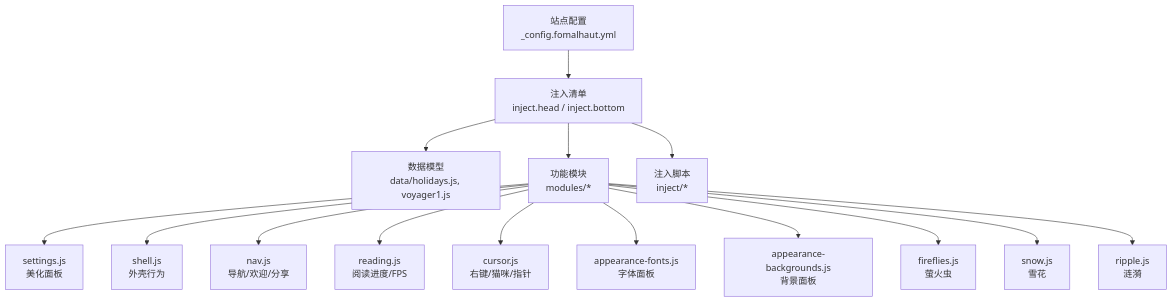
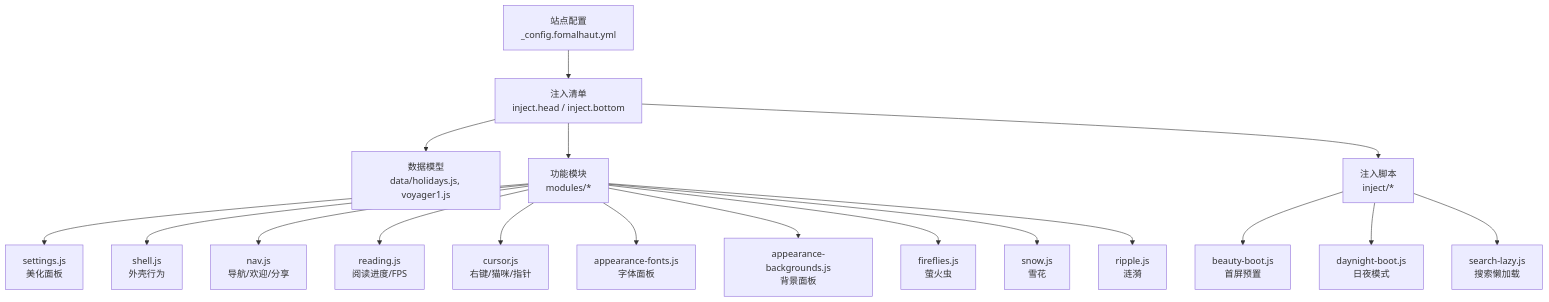
One commit to N1280851853/my_blog changed the first of 8 diagrams in .qoder/repowiki/zh/content/JavaScript 模块系统/JavaScript 模块系统.md. Above: the diagram before and after it, drawn with Mermaid. The commit also changed other lines of this file and 41 other files, not shown here.

````diff
--- a/.qoder/repowiki/zh/content/JavaScript 模块系统/JavaScript 模块系统.md
+++ b/.qoder/repowiki/zh/content/JavaScript 模块系统/JavaScript 模块系统.md
@@ -41,17 +51,20 @@
 ```mermaid
 graph TB
 A["站点配置<br/>_config.fomalhaut.yml"] --> B["注入清单<br/>inject.head / inject.bottom"]
 B --> C["数据模型<br/>data/holidays.js, voyager1.js"]
 B --> D["功能模块<br/>modules/*"]
 B --> E["注入脚本<br/>inject/*"]
 D --> D1["settings.js<br/>美化面板"]
 D --> D2["shell.js<br/>外壳行为"]
 D --> D3["nav.js<br/>导航/欢迎/分享"]
 D --> D4["reading.js<br/>阅读进度/FPS"]
 D --> D5["cursor.js<br/>右键/猫咪/指针"]
 D --> D6["appearance-fonts.js<br/>字体面板"]
 D --> D7["appearance-backgrounds.js<br/>背景面板"]
 D --> D8["fireflies.js<br/>萤火虫"]
 D --> D9["snow.js<br/>雪花"]
 D --> D10["ripple.js<br/>涟漪"]
+E --> E1["beauty-boot.js<br/>首屏预置"]
+E --> E2["daynight-boot.js<br/>日夜模式"]
+E --> E3["search-lazy.js<br/>搜索懒加载"]
 ```
````
